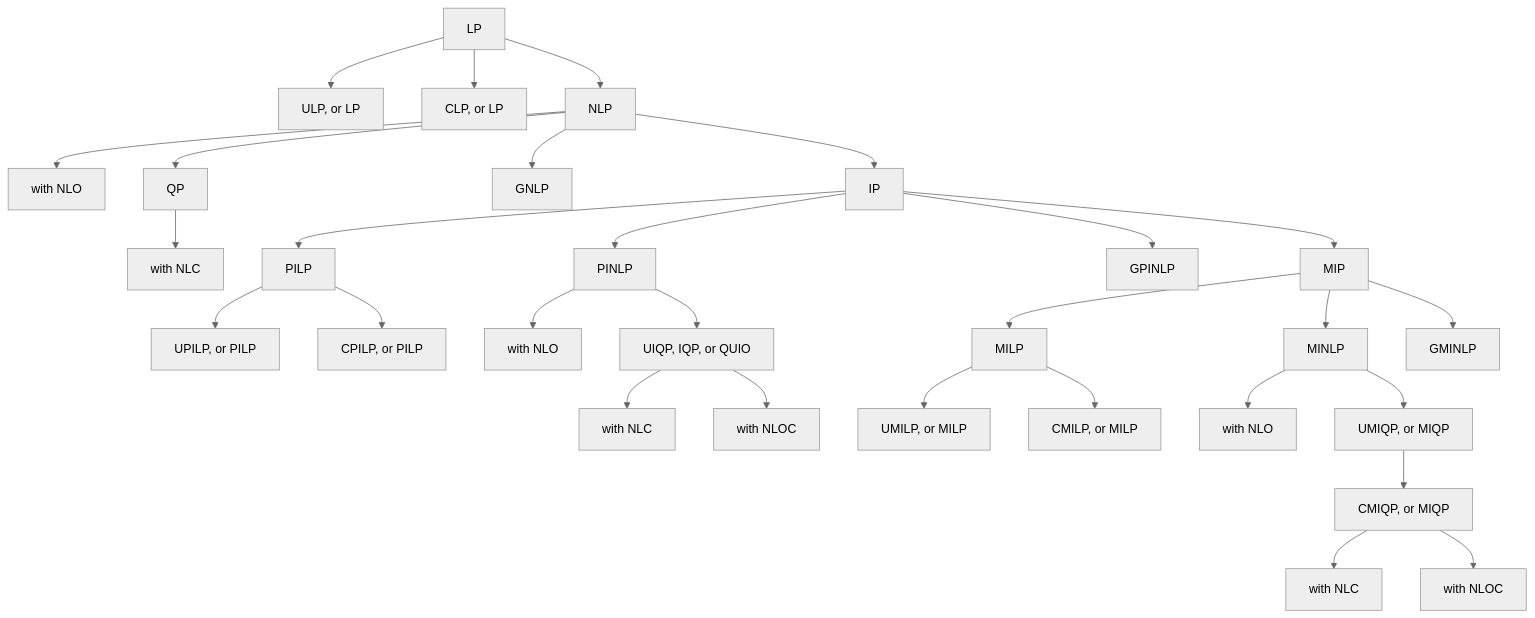
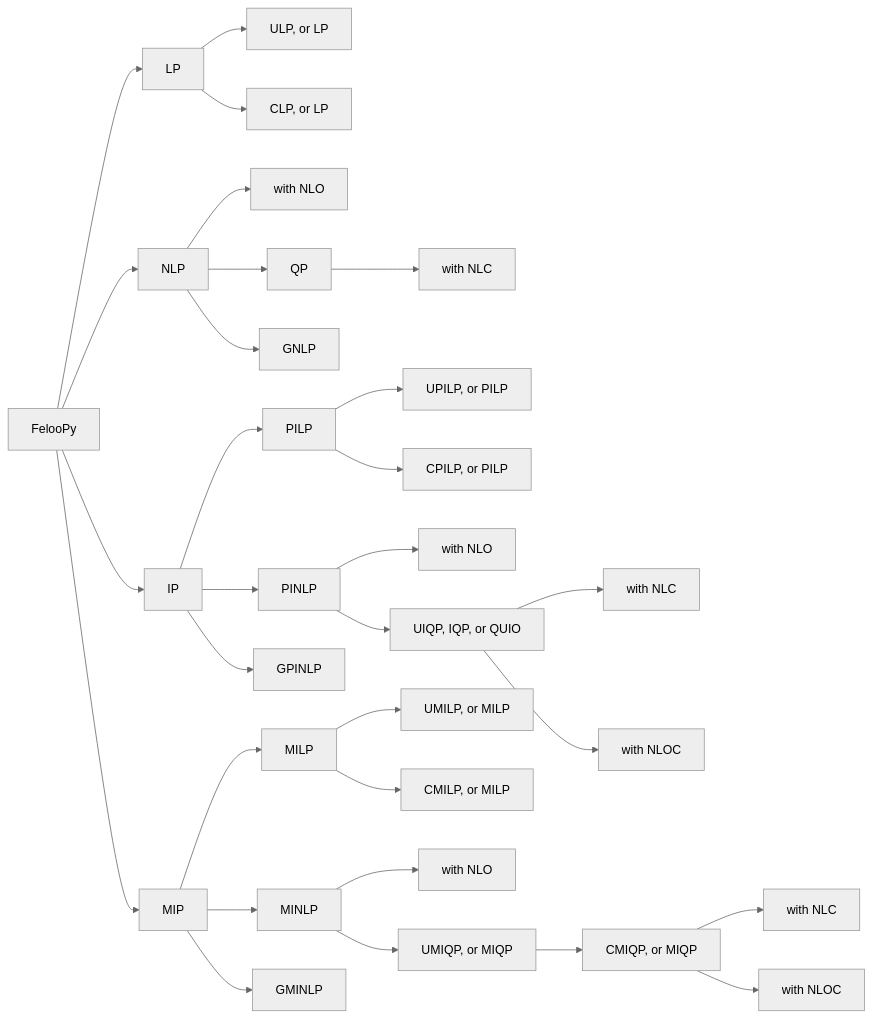
The diagram in README.md (ktafakkori/feloopy), drawn with Mermaid (neutral theme) before and after one commit.

Commit message:
revised files.

````diff
--- a/README.md
+++ b/README.md
@@ -68,60 +68,62 @@
 ```mermaid
-graph TD
+graph LR 
+ CLASS["FelooPy"]
  A["LP"]
  B["ULP, or LP"]
  C["CLP, or LP"]
  D["NLP"]
  E["with NLO"]
  F["QP"]
  G["with NLC"]
  H["GNLP"]
  I["IP"]
  J["PILP"]
  K["UPILP, or PILP"]
  L["CPILP, or PILP"]
  M["PINLP"]
  N["with NLO"]
  O["UIQP, IQP, or QUIO"]
  P["with NLC"]
  Q["with NLOC"]
  R["GPINLP"]
  S["MIP"]
  T["MILP"]
  U["UMILP, or MILP"]
  V["CMILP, or MILP"]
  W["MINLP"]
  X["with NLO"]
  Y["UMIQP, or MIQP"]
  Z["CMIQP, or MIQP"]
  AA["with NLC"]
  AB["with NLOC"]
  AC["GMINLP"]
+ CLASS-->A
+ CLASS-->D
+ CLASS-->I
+ CLASS-->S
  A --> B
  A --> C
- A --> D
  D --> E
  D --> F
  F --> G
  D --> H
- D --> I
  I --> J
  J --> K
  J --> L
  I --> M
  M --> N
  M --> O
  O --> P
  O --> Q
  I --> R
- I --> S
  S --> T
  T --> U
  T --> V
  S --> W
  W --> X
  W --> Y
  Y --> Z
  Z --> AA
  Z --> AB
  S --> AC
 ```
````
